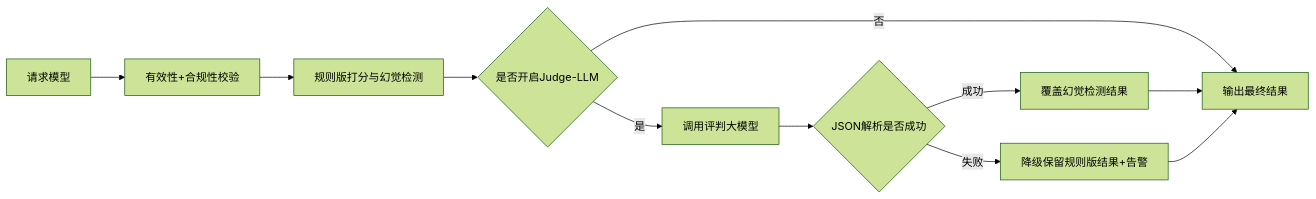
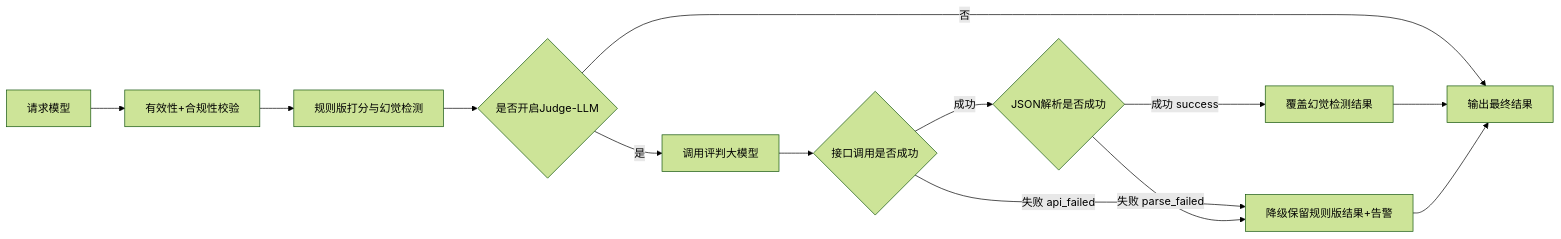
One commit to XixiAni/llm_evaluate_system changed the first of 3 diagrams in DETAILED_USAGE.md. Above: the diagram before and after it, drawn with Mermaid (forest theme). The commit also changed other lines of this file and 2 other files, not shown here.

Commit message:
doc(root): 更新全量文档至v0.1.14版本 - 补充Judge-LLM四状态说明与表结构更新 - 优化全链路流程图，细化Judge分支

````diff
--- a/DETAILED_USAGE.md
+++ b/DETAILED_USAGE.md
@@ -303,13 +306,15 @@
 ```mermaid
 flowchart LR
     A[请求模型] --> B[有效性+合规性校验]
     B --> C[规则版打分与幻觉检测]
     C --> D{是否开启Judge-LLM}
     D -->|否| E[输出最终结果]
     D -->|是| F[调用评判大模型]
-    F --> G{JSON解析是否成功}
-    G -->|成功| H[覆盖幻觉检测结果]
-    G -->|失败| I[降级保留规则版结果+告警]
-    H --> E
+    F --> G{接口调用是否成功}
+    G -->|失败 api_failed| I[降级保留规则版结果+告警]
+    G -->|成功| H{JSON解析是否成功}
+    H -->|成功 success| J[覆盖幻觉检测结果]
+    H -->|失败 parse_failed| I
+    J --> E
     I --> E
 ```
````
